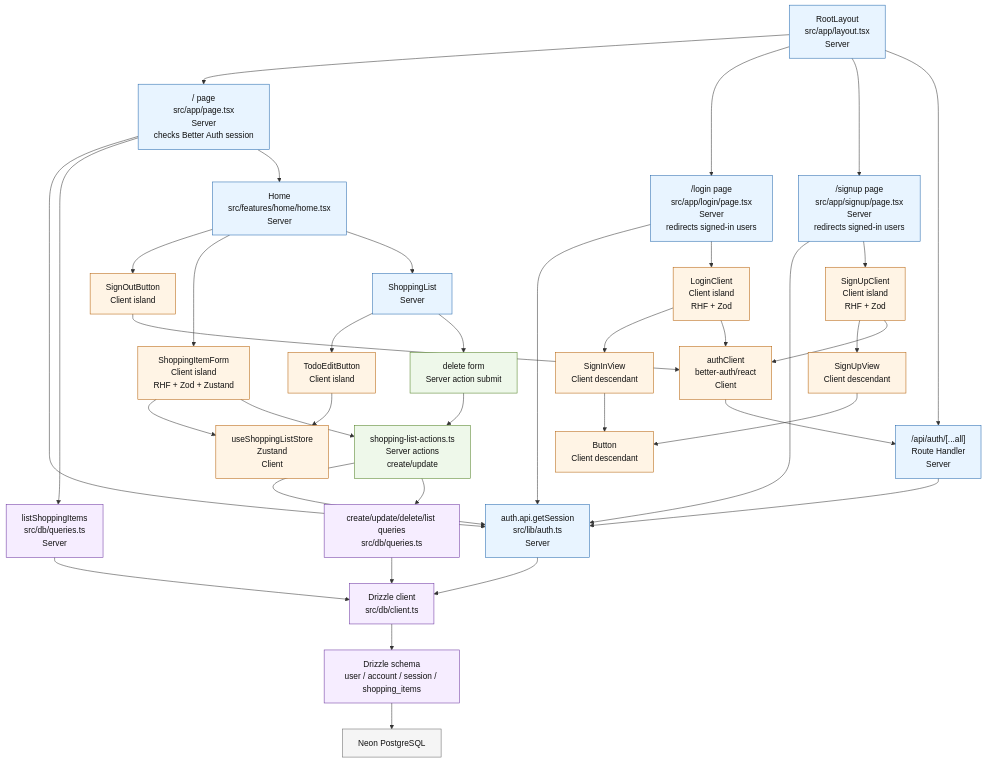
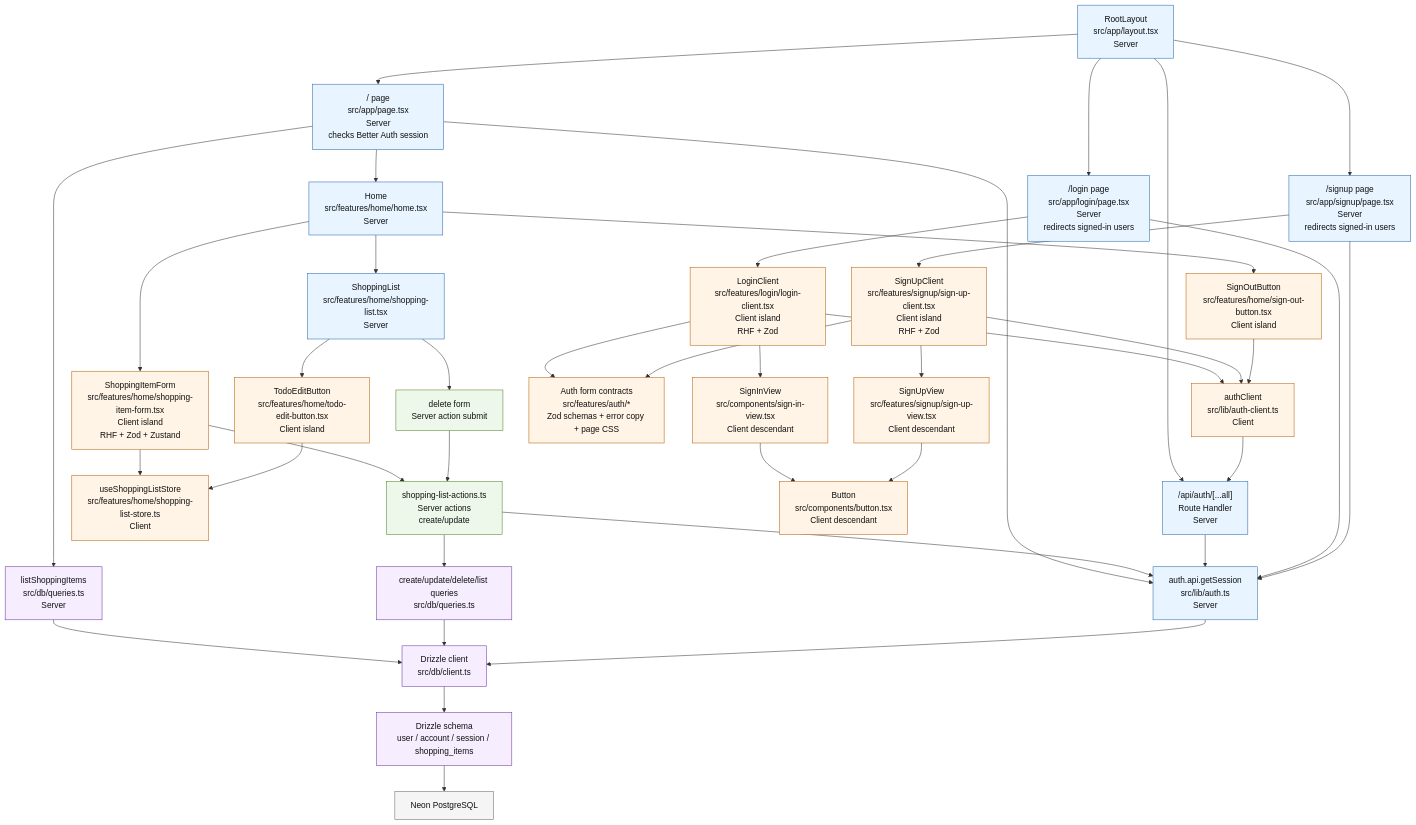
Before and after one commit to mirzaianov/shopping-list: the diagram in .agents/project-files/architecture/component-composition.md, drawn with Mermaid. The commit also changed other lines of this file and 13 other files, not shown here.

````diff
--- a/.agents/project-files/architecture/component-composition.md
+++ b/.agents/project-files/architecture/component-composition.md
@@ -5,56 +1,61 @@
 ```mermaid
 flowchart TD
+  %% Current Next.js App Router component composition.
+  %% Blue = Server Component / server code, Orange = Client Component, Green = server action, Purple = data layer.
+
   Root["RootLayout<br/>src/app/layout.tsx<br/>Server"]:::server
 
   Root --> HomeRoute["/ page<br/>src/app/page.tsx<br/>Server<br/>checks Better Auth session"]:::server
   Root --> LoginRoute["/login page<br/>src/app/login/page.tsx<br/>Server<br/>redirects signed-in users"]:::server
   Root --> SignUpRoute["/signup page<br/>src/app/signup/page.tsx<br/>Server<br/>redirects signed-in users"]:::server
   Root --> AuthRoute["/api/auth/[...all]<br/>Route Handler<br/>Server"]:::server
 
   HomeRoute --> AuthServer["auth.api.getSession<br/>src/lib/auth.ts<br/>Server"]:::server
   HomeRoute --> ListQuery["listShoppingItems<br/>src/db/queries.ts<br/>Server"]:::data
   HomeRoute --> Home["Home<br/>src/features/home/home.tsx<br/>Server"]:::server
 
-  Home --> SignOutButton["SignOutButton<br/>Client island"]:::client
-  Home --> ShoppingItemForm["ShoppingItemForm<br/>Client island<br/>RHF + Zod + Zustand"]:::client
-  Home --> ShoppingList["ShoppingList<br/>Server"]:::server
+  Home --> SignOutButton["SignOutButton<br/>src/features/home/sign-out-button.tsx<br/>Client island"]:::client
+  Home --> ShoppingItemForm["ShoppingItemForm<br/>src/features/home/shopping-item-form.tsx<br/>Client island<br/>RHF + Zod + Zustand"]:::client
+  Home --> ShoppingList["ShoppingList<br/>src/features/home/shopping-list.tsx<br/>Server"]:::server
 
-  ShoppingItemForm --> Store["useShoppingListStore<br/>Zustand<br/>Client"]:::client
+  ShoppingItemForm --> Store["useShoppingListStore<br/>src/features/home/shopping-list-store.ts<br/>Client"]:::client
   ShoppingItemForm --> ItemActions["shopping-list-actions.ts<br/>Server actions<br/>create/update"]:::action
 
-  ShoppingList --> TodoEditButton["TodoEditButton<br/>Client island"]:::client
+  ShoppingList --> TodoEditButton["TodoEditButton<br/>src/features/home/todo-edit-button.tsx<br/>Client island"]:::client
   ShoppingList --> DeleteForm["delete form<br/>Server action submit"]:::action
   DeleteForm --> ItemActions
   TodoEditButton --> Store
 
   ItemActions --> AuthServer
   ItemActions --> Queries["create/update/delete/list queries<br/>src/db/queries.ts"]:::data
   ListQuery --> DbClient["Drizzle client<br/>src/db/client.ts"]:::data
   Queries --> DbClient
   AuthServer --> DbClient
   AuthRoute --> AuthServer
 
   DbClient --> Schema["Drizzle schema<br/>user / account / session / shopping_items"]:::data
   Schema --> Neon["Neon PostgreSQL"]:::external
 
   LoginRoute --> AuthServer
-  LoginRoute --> LoginClient["LoginClient<br/>Client island<br/>RHF + Zod"]:::client
-  LoginClient --> SignInView["SignInView<br/>Client descendant"]:::client
-  LoginClient --> AuthClient["authClient<br/>better-auth/react<br/>Client"]:::client
+  LoginRoute --> LoginClient["LoginClient<br/>src/features/login/login-client.tsx<br/>Client island<br/>RHF + Zod"]:::client
+  LoginClient --> SignInView["SignInView<br/>src/components/sign-in-view.tsx<br/>Client descendant"]:::client
+  LoginClient --> AuthForms["Auth form contracts<br/>src/features/auth/*<br/>Zod schemas + error copy + page CSS"]:::client
+  LoginClient --> AuthClient["authClient<br/>src/lib/auth-client.ts<br/>Client"]:::client
 
   SignUpRoute --> AuthServer
-  SignUpRoute --> SignUpClient["SignUpClient<br/>Client island<br/>RHF + Zod"]:::client
-  SignUpClient --> SignUpView["SignUpView<br/>Client descendant"]:::client
+  SignUpRoute --> SignUpClient["SignUpClient<br/>src/features/signup/sign-up-client.tsx<br/>Client island<br/>RHF + Zod"]:::client
+  SignUpClient --> SignUpView["SignUpView<br/>src/features/signup/sign-up-view.tsx<br/>Client descendant"]:::client
+  SignUpClient --> AuthForms
   SignUpClient --> AuthClient
 
-  SignInView --> Button["Button<br/>Client descendant"]:::client
+  SignInView --> Button["Button<br/>src/components/button.tsx<br/>Client descendant"]:::client
   SignUpView --> Button
   SignOutButton --> AuthClient
   AuthClient --> AuthRoute
 
   classDef server fill:#e8f4ff,stroke:#2166ac,color:#111
   classDef client fill:#fff4e5,stroke:#b45f06,color:#111
   classDef action fill:#eef8ea,stroke:#4f7f22,color:#111
   classDef data fill:#f6edff,stroke:#6a329f,color:#111
   classDef external fill:#f5f5f5,stroke:#666,color:#111
 ```
````
